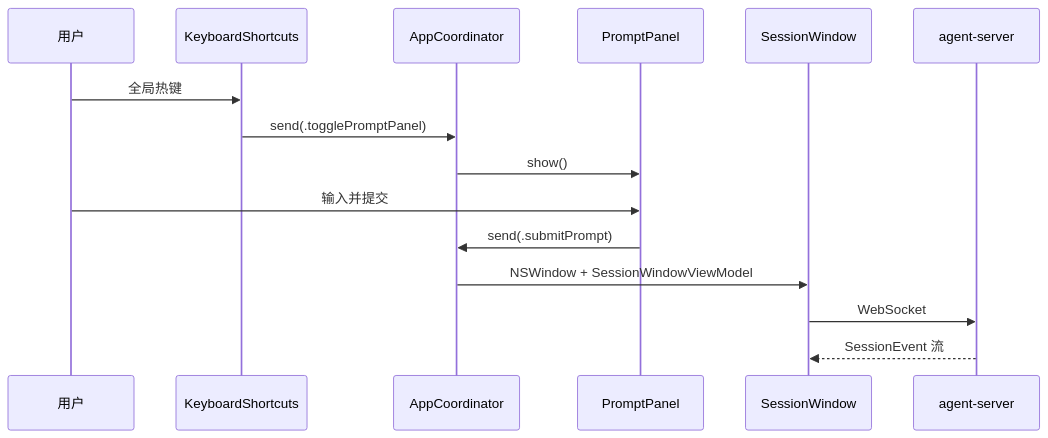
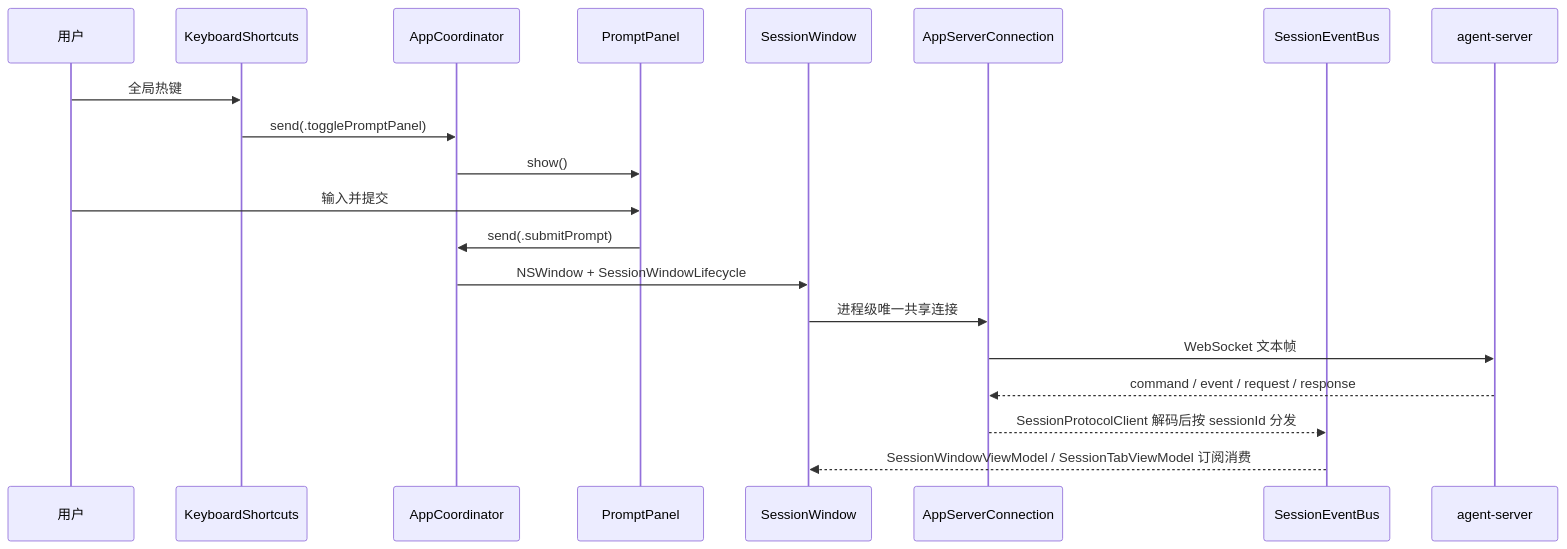
The second of 2 diagrams in apps/desktop/desktop.md (Lixuhang987/SpotAgent), drawn with Mermaid before and after one commit. The commit also changed other lines of this file and 38 other files, not shown here.

Commit message:
refactor session flow to shared connection and command-event protocol

````diff
--- a/apps/desktop/desktop.md
+++ b/apps/desktop/desktop.md
@@ -100,18 +100,23 @@
 ```mermaid
 sequenceDiagram
   participant User as 用户
   participant Hotkey as KeyboardShortcuts
   participant Coord as AppCoordinator
   participant Panel as PromptPanel
   participant Window as SessionWindow
+  participant Conn as AppServerConnection
+  participant Bus as SessionEventBus
   participant Server as agent-server
 
   User->>Hotkey: 全局热键
   Hotkey->>Coord: send(.togglePromptPanel)
   Coord->>Panel: show()
   User->>Panel: 输入并提交
   Panel->>Coord: send(.submitPrompt)
-  Coord->>Window: NSWindow + SessionWindowViewModel
-  Window->>Server: WebSocket
-  Server-->>Window: SessionEvent 流
+  Coord->>Window: NSWindow + SessionWindowLifecycle
+  Window->>Conn: 进程级唯一共享连接
+  Conn->>Server: WebSocket 文本帧
+  Server-->>Conn: command / event / request / response
+  Conn-->>Bus: SessionProtocolClient 解码后按 sessionId 分发
+  Bus-->>Window: SessionWindowViewModel / SessionTabViewModel 订阅消费
 ```
````
